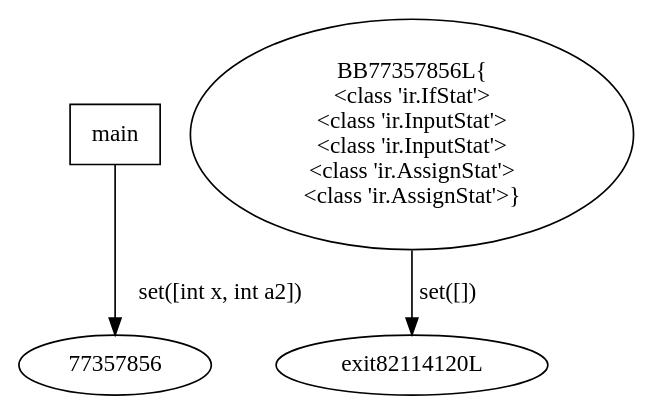
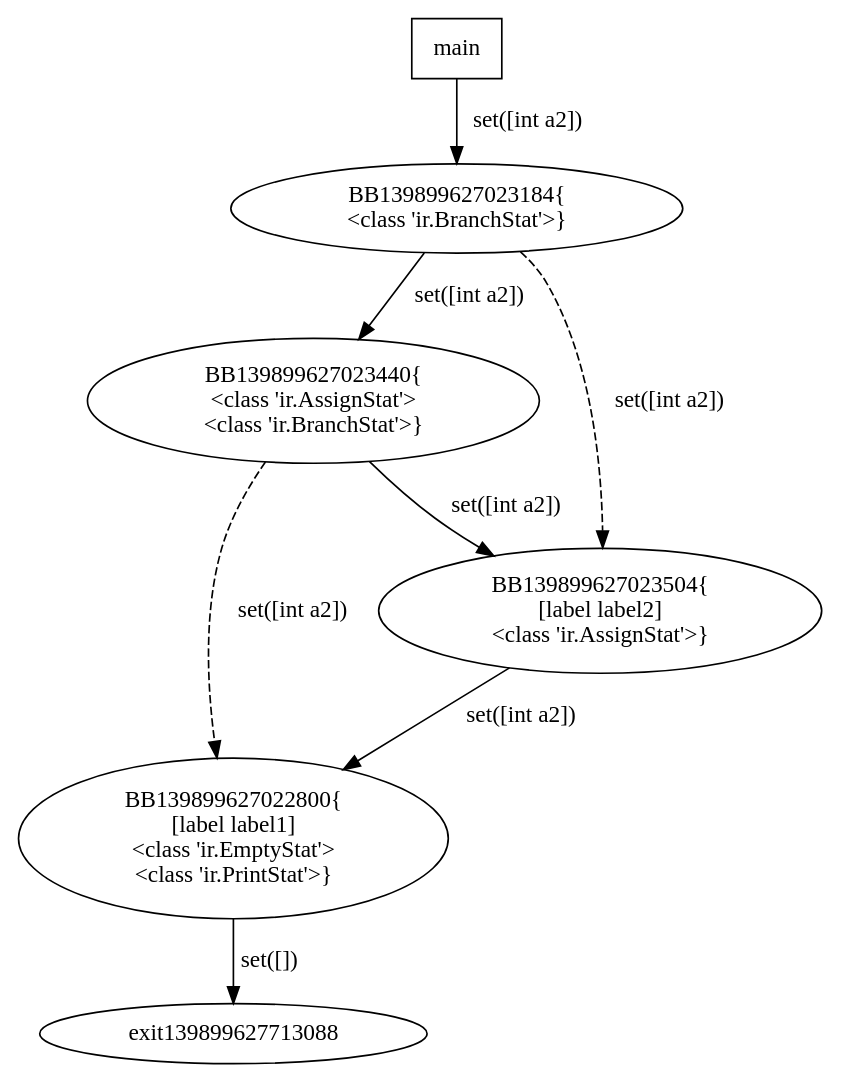
Before and after one commit to AloveIs/COT_lab: the diagram in cfg.dot, drawn with Graphviz. The commit also changed 6 other files, not shown here.

```diff
--- a/cfg.dot
+++ b/cfg.dot
@@ -1,6 +1,14 @@
 digraph G {
-77357856L [label="BB77357856L{\n<class 'ir.IfStat'>\n<class 'ir.InputStat'>\n<class 'ir.InputStat'>\n<class 'ir.AssignStat'>\n<class 'ir.AssignStat'>}"];
-77357856L -> exit82114120L [label="set([])"];
+139899627023184 [label="BB139899627023184{\n<class 'ir.BranchStat'>}"];
+139899627023184 -> 139899627023440 [label="set([int a2])"];
+139899627023184 -> 139899627023504 [style=dashed,label="set([int a2])"];
+139899627023440 [label="BB139899627023440{\n<class 'ir.AssignStat'>\n<class 'ir.BranchStat'>}"];
+139899627023440 -> 139899627023504 [label="set([int a2])"];
+139899627023440 -> 139899627022800 [style=dashed,label="set([int a2])"];
+139899627023504 [label="BB139899627023504{\n[label label2]\n<class 'ir.AssignStat'>}"];
+139899627023504 -> 139899627022800 [label="set([int a2])"];
+139899627022800 [label="BB139899627022800{\n[label label1]\n<class 'ir.EmptyStat'>\n<class 'ir.PrintStat'>}"];
+139899627022800 -> exit139899627713088 [label="set([])"];
 main [shape=box];
-main -> 77357856 [label="set([int x, int a2])"];
+main -> 139899627023184 [label="set([int a2])"];
 }
```
